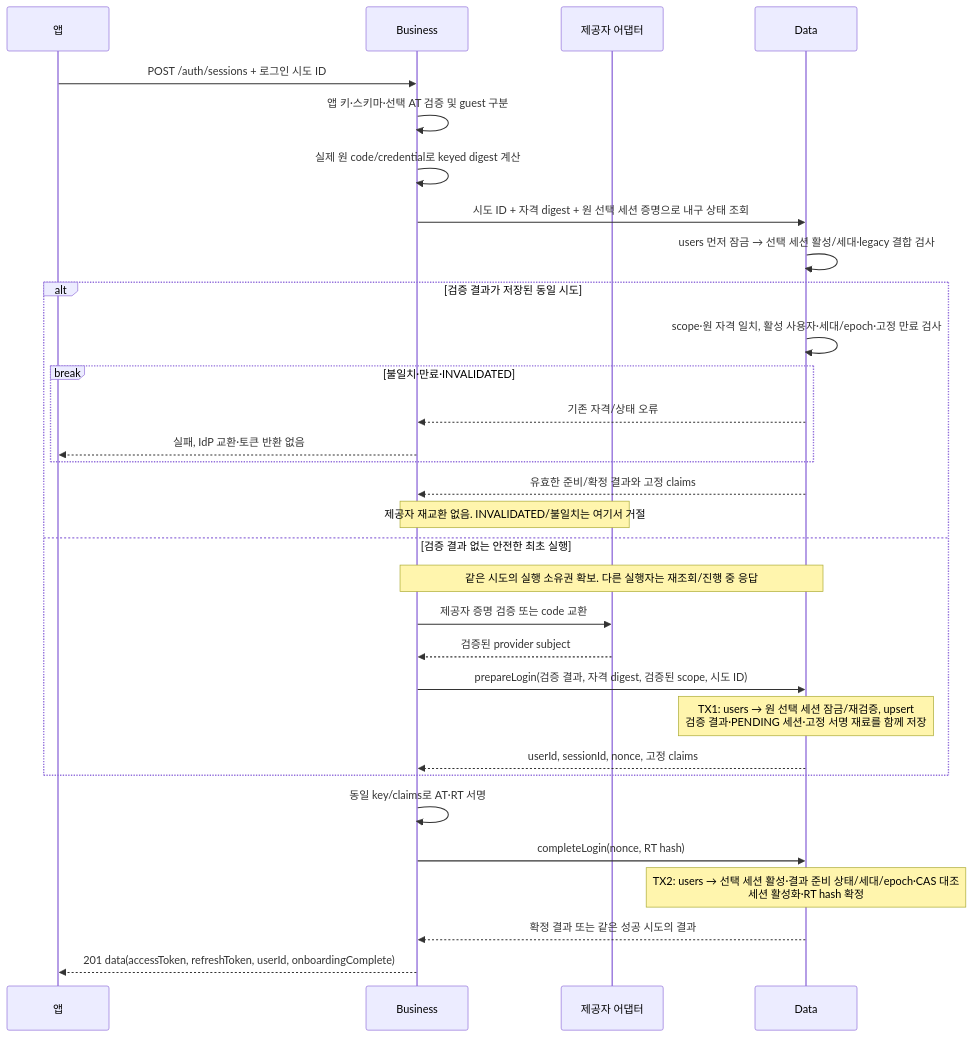
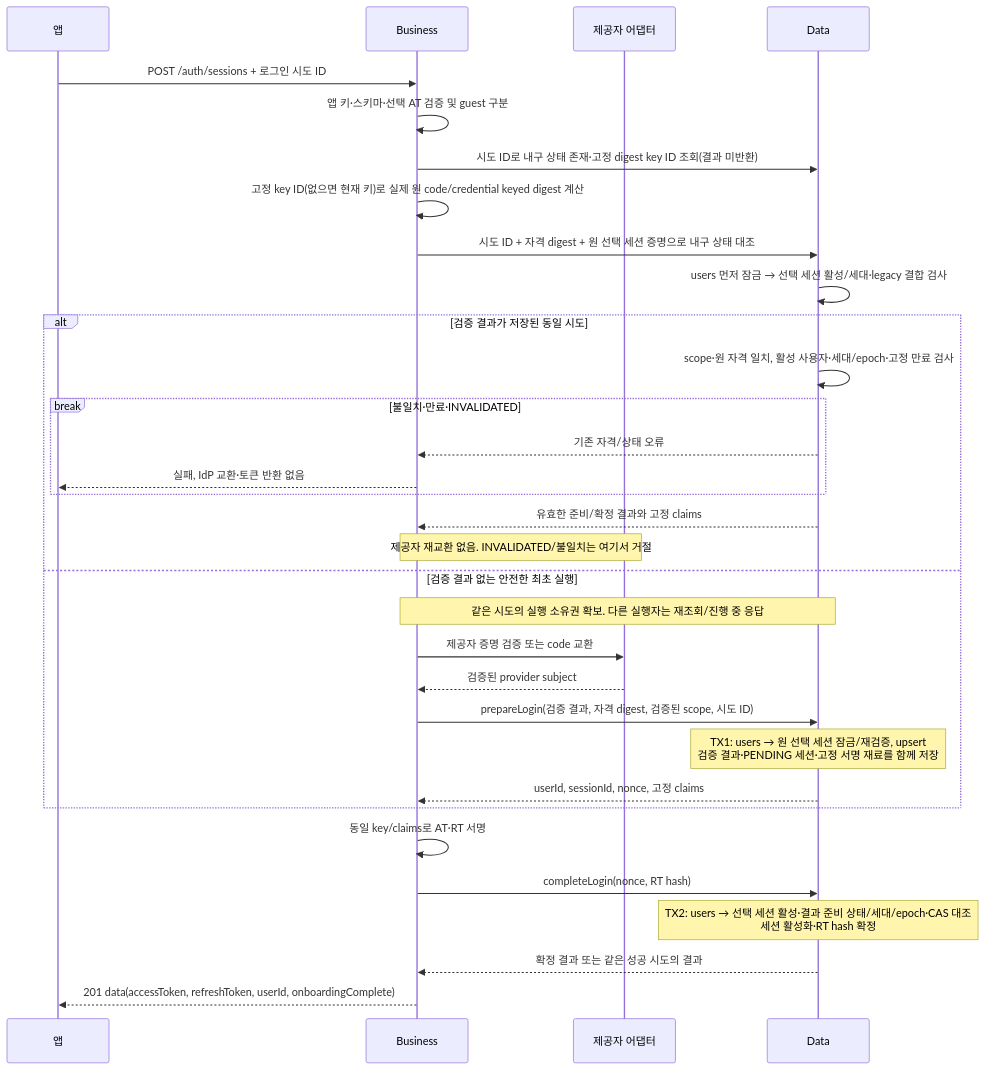
One commit to OneOrThree/phone changed the second of 6 diagrams in docs/prd/account/high-level-design.md. Above: the diagram before and after it, drawn with Mermaid. The commit also changed other lines of this file and 4 other files, not shown here.

````diff
--- a/docs/prd/account/high-level-design.md
+++ b/docs/prd/account/high-level-design.md
@@ -41,33 +41,34 @@
 ```mermaid
 sequenceDiagram
     participant A as 앱
     participant B as Business
     participant P as 제공자 어댑터
     participant D as Data
     A->>B: POST /auth/sessions + 로그인 시도 ID
     B->>B: 앱 키·스키마·선택 AT 검증 및 guest 구분
-    B->>B: 실제 원 code/credential로 keyed digest 계산
-    B->>D: 시도 ID + 자격 digest + 원 선택 세션 증명으로 내구 상태 조회
+    B->>D: 시도 ID로 내구 상태 존재·고정 digest key ID 조회(결과 미반환)
+    B->>B: 고정 key ID(없으면 현재 키)로 실제 원 code/credential keyed digest 계산
+    B->>D: 시도 ID + 자격 digest + 원 선택 세션 증명으로 내구 상태 대조
     D->>D: users 먼저 잠금 → 선택 세션 활성/세대·legacy 결합 검사
     alt 검증 결과가 저장된 동일 시도
         D->>D: scope·원 자격 일치, 활성 사용자·세대/epoch·고정 만료 검사
         break 불일치·만료·INVALIDATED
             D-->>B: 기존 자격/상태 오류
             B-->>A: 실패, IdP 교환·토큰 반환 없음
         end
         D-->>B: 유효한 준비/확정 결과와 고정 claims
         Note over B,P: 제공자 재교환 없음. INVALIDATED/불일치는 여기서 거절
     else 검증 결과 없는 안전한 최초 실행
         Note over B,D: 같은 시도의 실행 소유권 확보. 다른 실행자는 재조회/진행 중 응답
         B->>P: 제공자 증명 검증 또는 code 교환
         P-->>B: 검증된 provider subject
         B->>D: prepareLogin(검증 결과, 자격 digest, 검증된 scope, 시도 ID)
         Note over D: TX1: users → 원 선택 세션 잠금/재검증, upsert<br/>검증 결과·PENDING 세션·고정 서명 재료를 함께 저장
         D-->>B: userId, sessionId, nonce, 고정 claims
     end
     B->>B: 동일 key/claims로 AT·RT 서명
     B->>D: completeLogin(nonce, RT hash)
     Note over D: TX2: users → 선택 세션 활성·결과 준비 상태/세대/epoch·CAS 대조<br/>세션 활성화·RT hash 확정
     D-->>B: 확정 결과 또는 같은 성공 시도의 결과
     B-->>A: 201 data(accessToken, refreshToken, userId, onboardingComplete)
 ```
````
